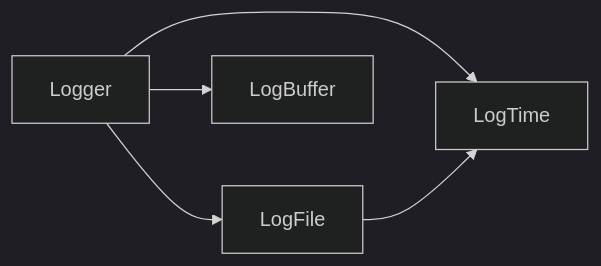
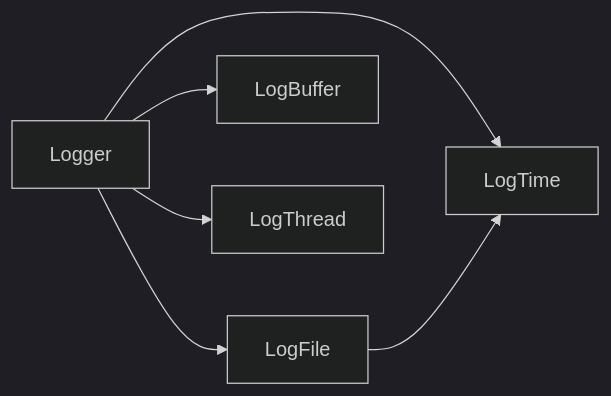
Before and after one commit to luqiankun/plog: the diagram in README.md, drawn with Mermaid (dark theme). The commit also changed other lines of this file, not shown here.

````diff
--- a/README.md
+++ b/README.md
@@ -82,7 +85,8 @@
 ```mermaid
 graph LR
 A[Logger] --> B[LogFile]
 A[Logger] --> C[LogBuffer]
 A[Logger] --> D[LogTime]
 B[LogFile] --> D[LogTime]
+A[Logger] --> E[LogThread]
 ```
````
